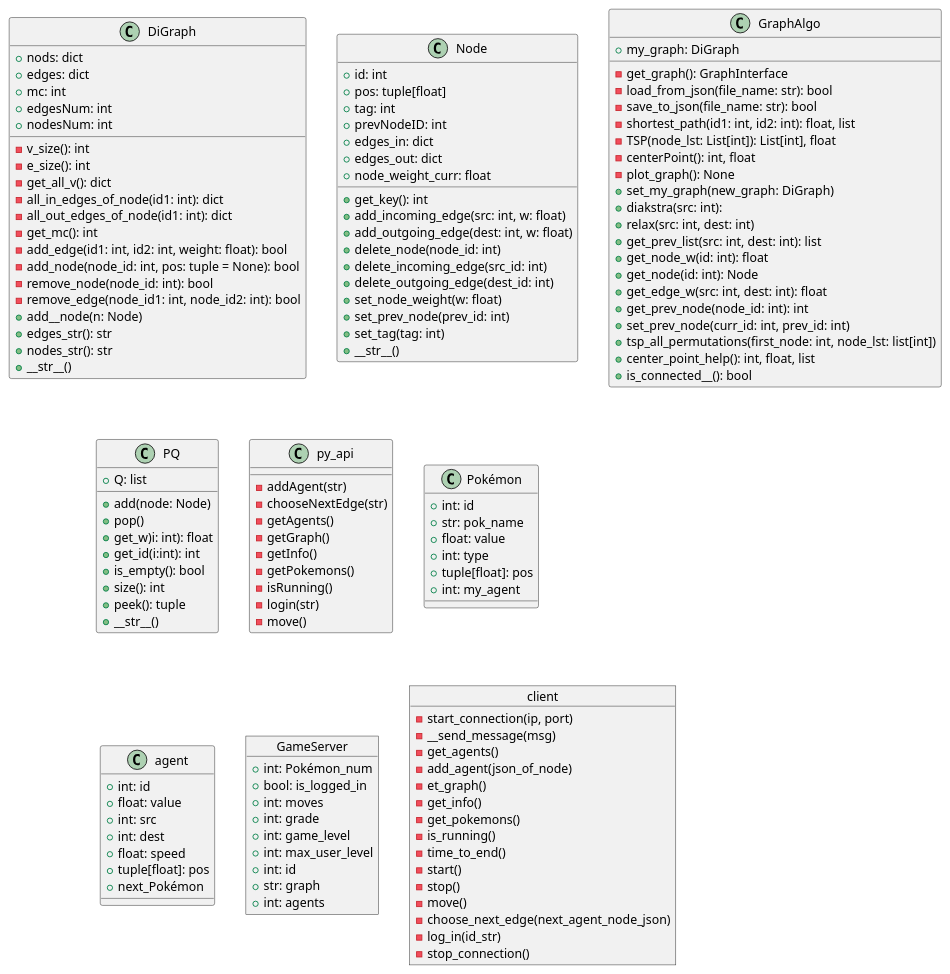
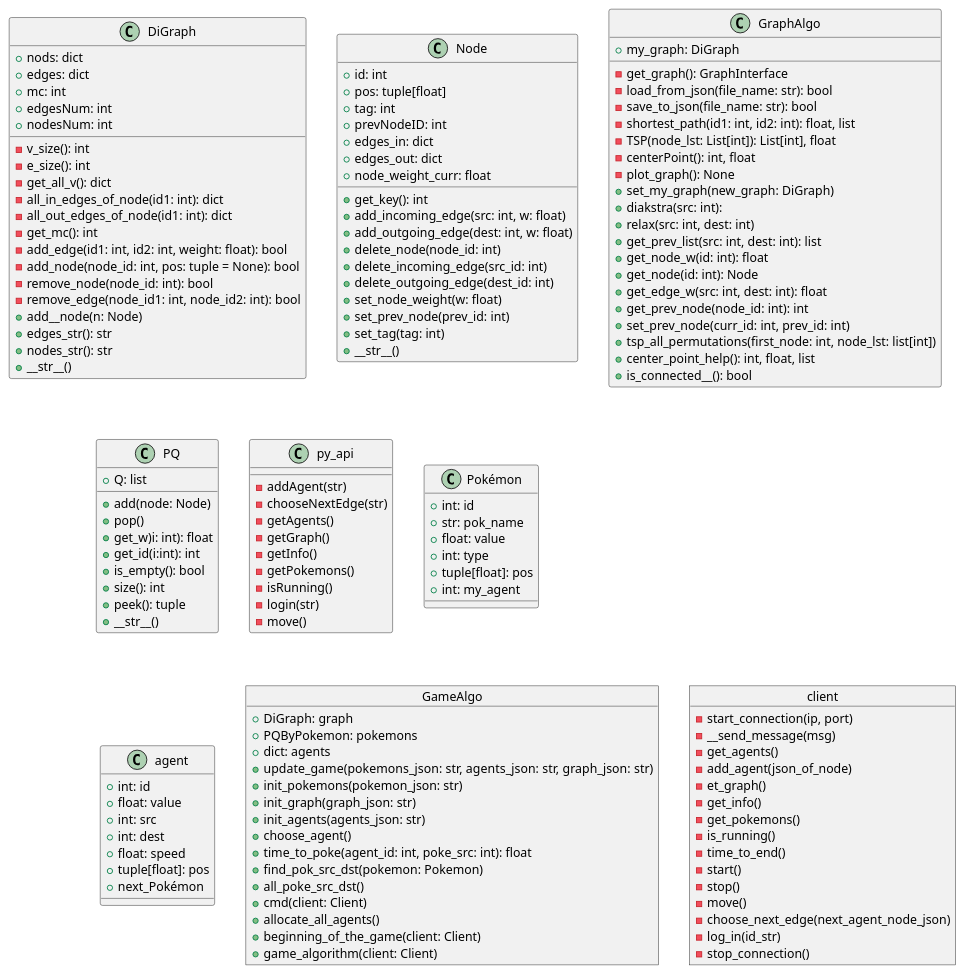
One commit to Matanel1995/OOP-Ex4-Pokemon-Game changed the diagram in docs/OOP_Ex4_uml.puml. Above: the diagram before and after it, drawn with PlantUML. The commit also changed 3 other files, not shown here.

```diff
--- a/docs/OOP_Ex4_uml.puml
+++ b/docs/OOP_Ex4_uml.puml
@@ -2,145 +2,151 @@
 @startuml
 
 
 class DiGraph{
 +nods: dict
 +edges: dict
 +mc: int
 +edgesNum: int
 +nodesNum: int
 -v_size(): int
 -e_size(): int
 -get_all_v(): dict
 -all_in_edges_of_node(id1: int): dict
 -all_out_edges_of_node(id1: int): dict
 -get_mc(): int
 -add_edge(id1: int, id2: int, weight: float): bool
 -add_node(node_id: int, pos: tuple = None): bool
 -remove_node(node_id: int): bool
 -remove_edge(node_id1: int, node_id2: int): bool
 +add__node(n: Node)
 +edges_str(): str
 +nodes_str(): str
 +__str__()
 }
 
 class Node{
 +id: int
 +pos: tuple[float]
 +tag: int
 +prevNodeID: int
 +edges_in: dict
 +edges_out: dict
 +node_weight_curr: float
 +get_key(): int
 +add_incoming_edge(src: int, w: float)
 +add_outgoing_edge(dest: int, w: float)
 +delete_node(node_id: int)
 +delete_incoming_edge(src_id: int)
 +delete_outgoing_edge(dest_id: int)
 +set_node_weight(w: float)
 +set_prev_node(prev_id: int)
 +set_tag(tag: int)
 +__str__()
 }
 
 class GraphAlgo{
 +my_graph: DiGraph
 -get_graph(): GraphInterface
 -load_from_json(file_name: str): bool
 -save_to_json(file_name: str): bool
 -shortest_path(id1: int, id2: int): float, list
 -TSP(node_lst: List[int]): List[int], float
 -centerPoint(): int, float
 -plot_graph(): None
 +set_my_graph(new_graph: DiGraph)
 +diakstra(src: int):
 +relax(src: int, dest: int)
 +get_prev_list(src: int, dest: int): list
 +get_node_w(id: int): float
 +get_node(id: int): Node
 '+get_node_tag(id: int): int
 '+set_node_tag(id: int, tag)
 '+set_path_w(id: int, w: float)
 +get_edge_w(src: int, dest: int): float
 +get_prev_node(node_id: int): int
 +set_prev_node(curr_id: int, prev_id: int)
 +tsp_all_permutations(first_node: int, node_lst: list[int])
 +center_point_help(): int, float, list
 +is_connected__(): bool
 }
 
 class PQ{
 +Q: list
 +add(node: Node)
 +pop()
 +get_w)i: int): float
 +get_id(i:int): int
 +is_empty(): bool
 +size(): int
 +peek(): tuple
 +__str__()
 }
 
 class py_api{
 -addAgent(str)
 -chooseNextEdge(str)
 -getAgents()
 -getGraph()
 -getInfo()
 -getPokemons()
 -isRunning()
 -login(str)
 -move()
 }
 
 class Pokémon{
 +int: id
 +str: pok_name
 +float: value
 +int: type
 +tuple[float]: pos
 +int: my_agent
 }
 
 class agent{
 +int: id
 +float: value
 +int: src
 +int: dest
 +float: speed
 +tuple[float]: pos
 +next_Pokémon
 }
 
-object GameServer{
-+int: Pokémon_num
-+bool: is_logged_in
-+int: moves
-+int: grade
-+int: game_level
-+int: max_user_level
-+int: id
-+str: graph
-+int: agents
+object GameAlgo{
++DiGraph: graph
++PQByPokemon: pokemons
++dict: agents
++update_game(pokemons_json: str, agents_json: str, graph_json: str)
++init_pokemons(pokemon_json: str)
++init_graph(graph_json: str)
++init_agents(agents_json: str)
++choose_agent()
++time_to_poke(agent_id: int, poke_src: int): float
++find_pok_src_dst(pokemon: Pokemon)
++all_poke_src_dst()
++cmd(client: Client)
++allocate_all_agents()
++beginning_of_the_game(client: Client)
++game_algorithm(client: Client)
 }
 
 object client{
 -start_connection(ip, port)
 -__send_message(msg)
 -get_agents()
 -add_agent(json_of_node)
 -et_graph()
 -get_info()
 -get_pokemons()
 -is_running()
 -time_to_end()
 -start()
 -stop()
 -move()
 -choose_next_edge(next_agent_node_json)
 -log_in(id_str)
 -stop_connection()
 }
 
 @enduml
```
